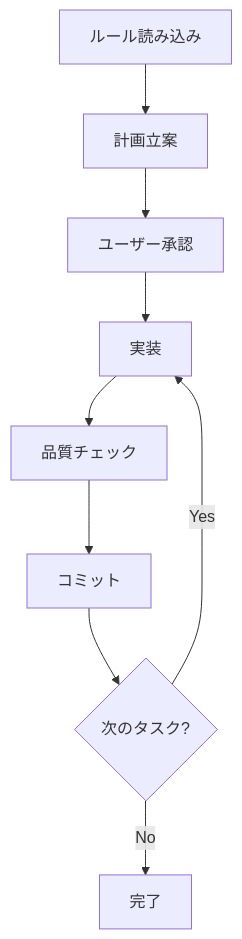
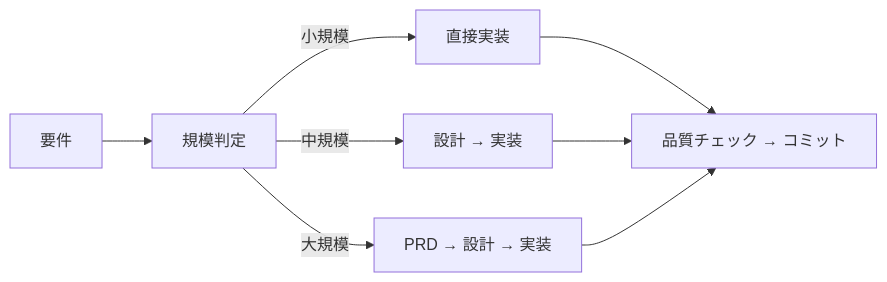
One commit to shinpr/ai-coding-project-boilerplate changed the diagram in README.ja.md. Above: the diagram before and after it, drawn with Mermaid. The commit also changed other lines of this file and 4 other files, not shown here.

````diff
--- a/README.ja.md
+++ b/README.ja.md
@@ -236,11 +106,11 @@
 ```mermaid
-graph TD
-    A[ルール読み込み] --> B[計画立案]
-    B --> C[ユーザー承認]
-    C --> D[実装]
-    D --> E[品質チェック]
-    E --> F[コミット]
-    F --> G{次のタスク?}
-    G -->|Yes| D
-    G -->|No| H[完了]
+graph LR
+    A[要件] --> B[規模判定]
+    B -->|小規模| C[直接実装]
+    B -->|中規模| D[設計 → 実装]
+    B -->|大規模| E[PRD → 設計 → 実装]
+    
+    C --> F[品質チェック → コミット]
+    D --> F
+    E --> F
 ```
````
